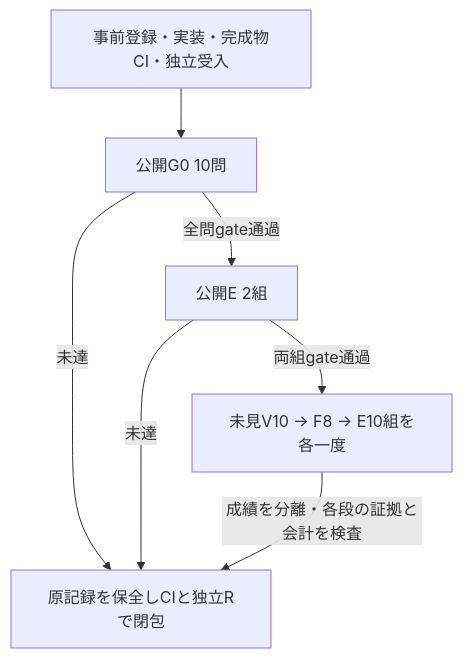
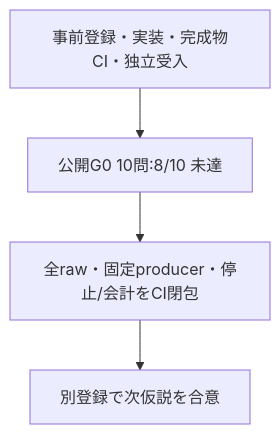
The diagram in docs/voice-ui/intent-cycle-20261018/README.md (roccho-dev/apps), drawn with Mermaid before and after one commit. The commit also changed other lines of this file and 48 other files, not shown here.

````diff
--- a/docs/voice-ui/intent-cycle-20261018/README.md
+++ b/docs/voice-ui/intent-cycle-20261018/README.md
@@ -23,9 +31,6 @@
 ```mermaid
 flowchart TD
-  A[事前登録・実装・完成物CI・独立受入] --> B[公開G0 10問]
-  B -->|全問gate通過| C[公開E 2組]
-  B -->|未達| Z[原記録を保全しCIと独立Rで閉包]
-  C -->|両組gate通過| D[未見V10 → F8 → E10組を各一度]
-  C -->|未達| Z
-  D -->|成績を分離・各段の証拠と会計を検査| Z
+  A[事前登録・実装・完成物CI・独立受入] --> B[公開G0 10問:8/10 未達]
+  B --> Z[全raw・固定producer・停止/会計をCI閉包]
+  Z --> N[別登録で次仮説を合意]
 ```
````
